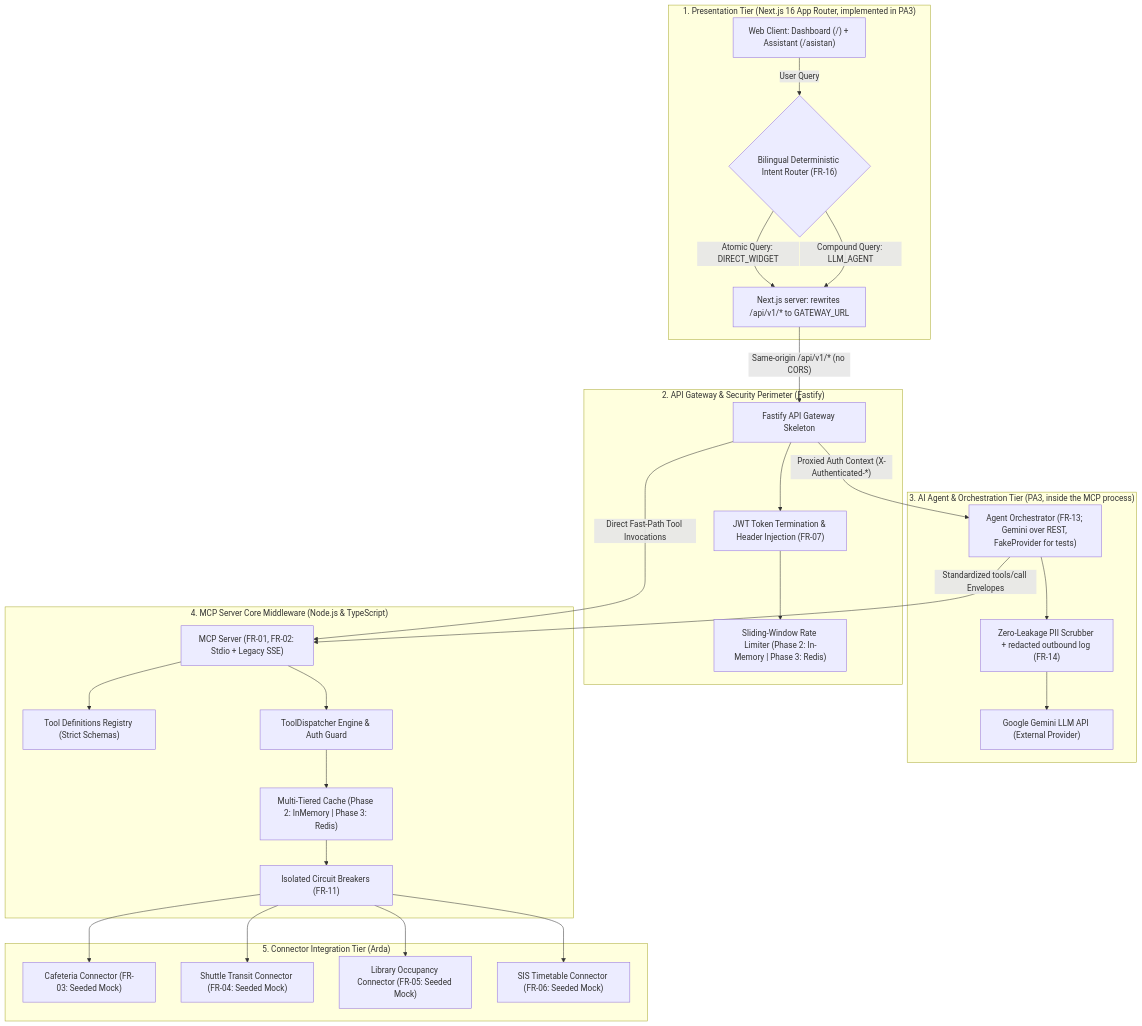
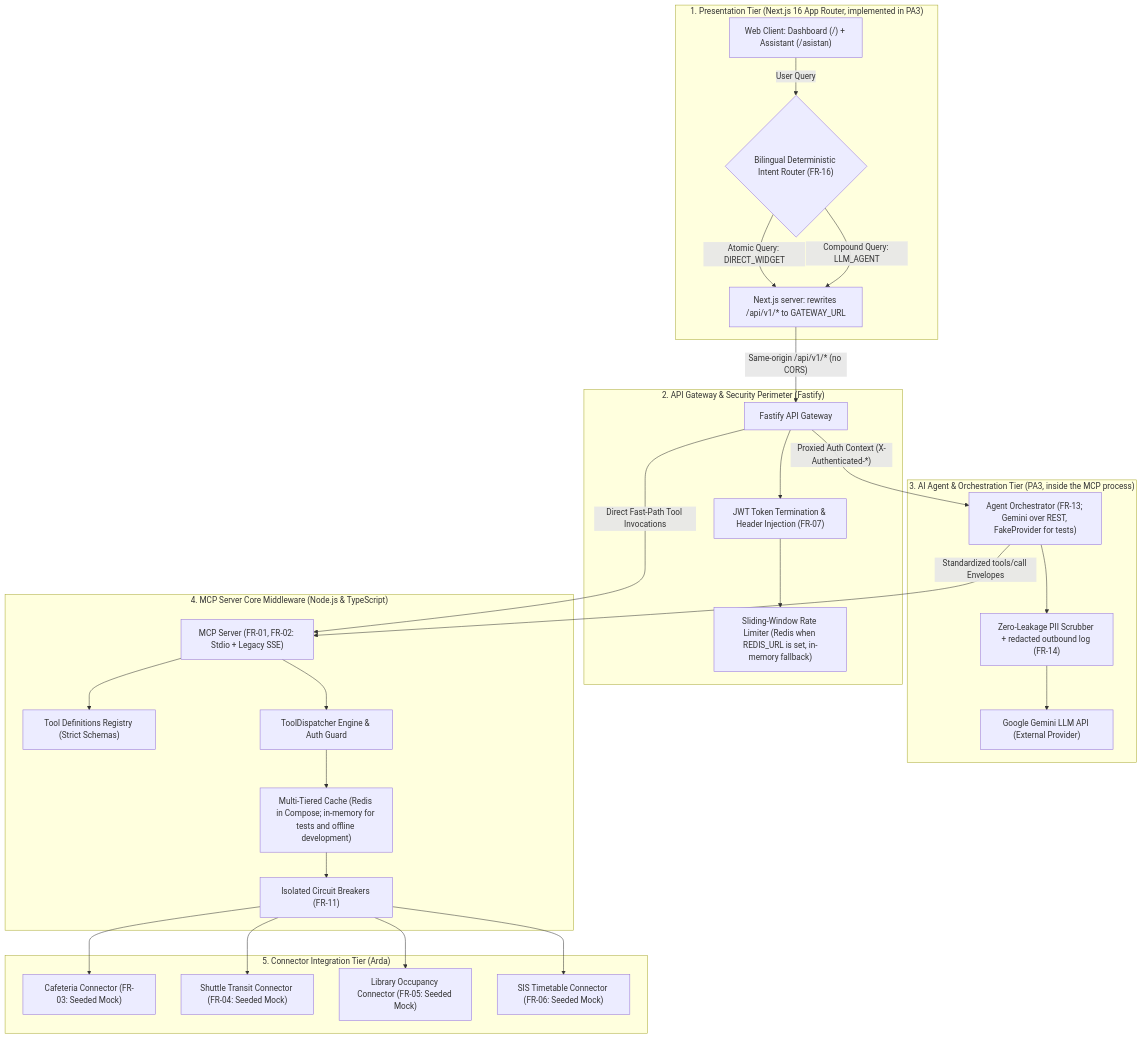
One commit to cmuratt/BIL481-2026-Project changed the first of 9 diagrams in docs/Design_Document.md. Above: the diagram before and after it, drawn with Mermaid. The commit also changed other lines of this file, not shown here.

First line of the commit message:
docs(pa3): update Design Document for the gateway and connector tier (v1.3)

````diff
--- a/docs/Design_Document.md
+++ b/docs/Design_Document.md
@@ -142,58 +148,58 @@
 ```mermaid
 flowchart TD
     subgraph Tier1["1. Presentation Tier (Next.js 16 App Router, implemented in PA3)"]
         ClientUI["Web Client: Dashboard (/) + Assistant (/asistan)"]
         Router{"Bilingual Deterministic Intent Router (FR-16)"}
         Rewrite["Next.js server: rewrites /api/v1/* to GATEWAY_URL"]
         ClientUI -->|"User Query"| Router
     end
 
     subgraph Tier2["2. API Gateway & Security Perimeter (Fastify)"]
-        Gateway["Fastify API Gateway Skeleton"]
+        Gateway["Fastify API Gateway"]
         AuthBoundary["JWT Token Termination & Header Injection (FR-07)"]
-        RateLimiter["Sliding-Window Rate Limiter (Phase 2: In-Memory | Phase 3: Redis)"]
+        RateLimiter["Sliding-Window Rate Limiter (Redis when REDIS_URL is set, in-memory fallback)"]
         Gateway --> AuthBoundary
         AuthBoundary --> RateLimiter
     end
 
     subgraph Tier3["3. AI Agent & Orchestration Tier (PA3, inside the MCP process)"]
         Agent["Agent Orchestrator (FR-13; Gemini over REST, FakeProvider for tests)"]
         PIIFilter["Zero-Leakage PII Scrubber + redacted outbound log (FR-14)"]
         GeminiAPI["Google Gemini LLM API (External Provider)"]
         Agent --> PIIFilter
         PIIFilter --> GeminiAPI
     end
 
     subgraph Tier4["4. MCP Server Core Middleware (Node.js & TypeScript)"]
         MCPServer["MCP Server (FR-01, FR-02: Stdio + Legacy SSE)"]
         ToolRegistry["Tool Definitions Registry (Strict Schemas)"]
         Dispatcher["ToolDispatcher Engine & Auth Guard"]
-        CacheStore["Multi-Tiered Cache (Phase 2: InMemory | Phase 3: Redis)"]
+        CacheStore["Multi-Tiered Cache (Redis in Compose; in-memory for tests and offline development)"]
         CircuitBreaker["Isolated Circuit Breakers (FR-11)"]
 
         MCPServer --> ToolRegistry
         MCPServer --> Dispatcher
         Dispatcher --> CacheStore
         CacheStore --> CircuitBreaker
     end
 
     subgraph Tier5["5. Connector Integration Tier (Arda)"]
         DiningConn["Cafeteria Connector (FR-03: Seeded Mock)"]
         ShuttleConn["Shuttle Transit Connector (FR-04: Seeded Mock)"]
         LibraryConn["Library Occupancy Connector (FR-05: Seeded Mock)"]
         SISConn["SIS Timetable Connector (FR-06: Seeded Mock)"]
 
         CircuitBreaker --> DiningConn
         CircuitBreaker --> ShuttleConn
         CircuitBreaker --> LibraryConn
         CircuitBreaker --> SISConn
     end
 
     %% Data Routing Links
     Router -->|"Atomic Query: DIRECT_WIDGET"| Rewrite
     Router -->|"Compound Query: LLM_AGENT"| Rewrite
     Rewrite -->|"Same-origin /api/v1/* (no CORS)"| Gateway
     Gateway -->|"Proxied Auth Context (X-Authenticated-*)"| Agent
     Gateway -->|"Direct Fast-Path Tool Invocations"| MCPServer
     Agent -->|"Standardized tools/call Envelopes"| MCPServer
 ```
````
